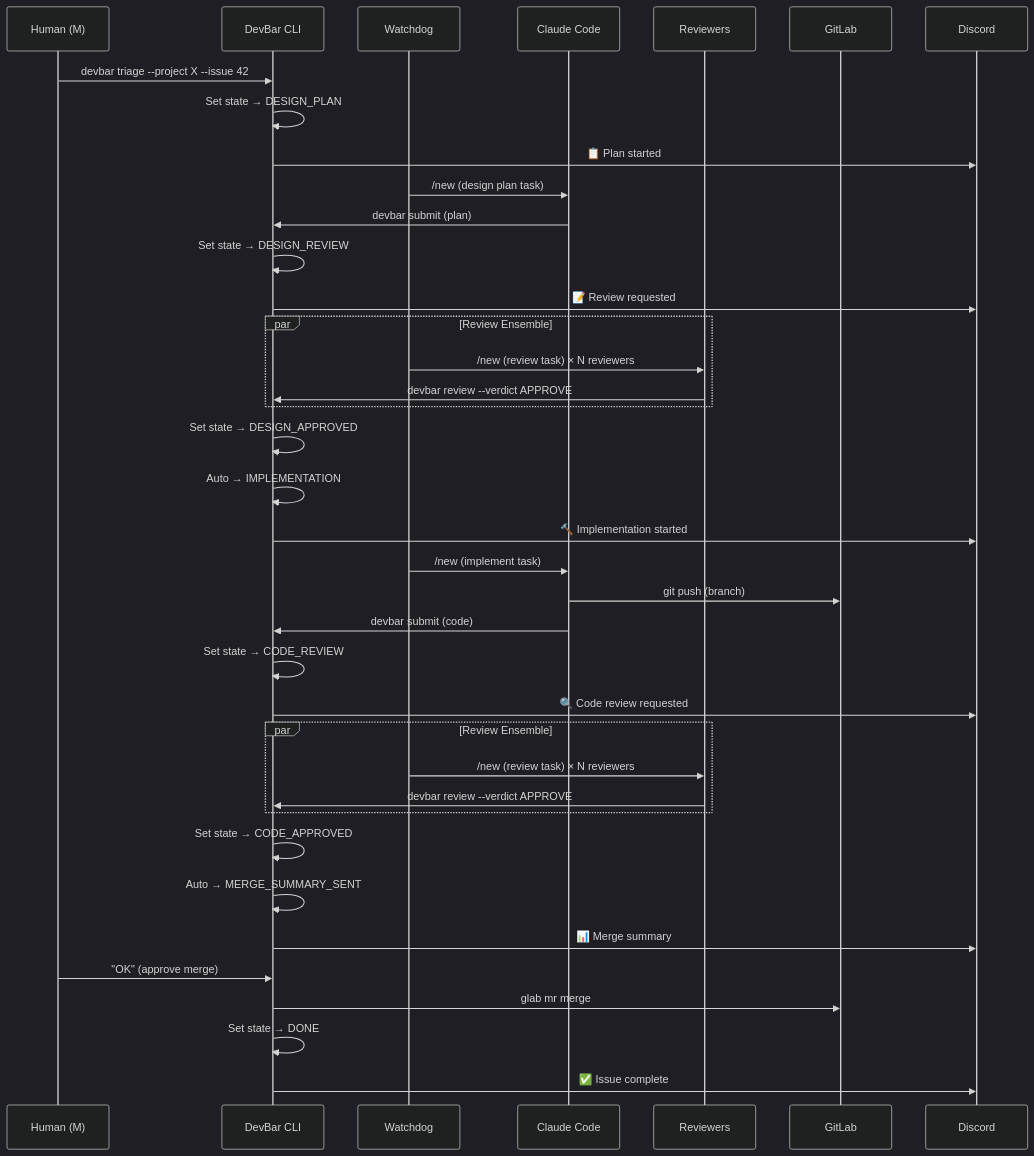
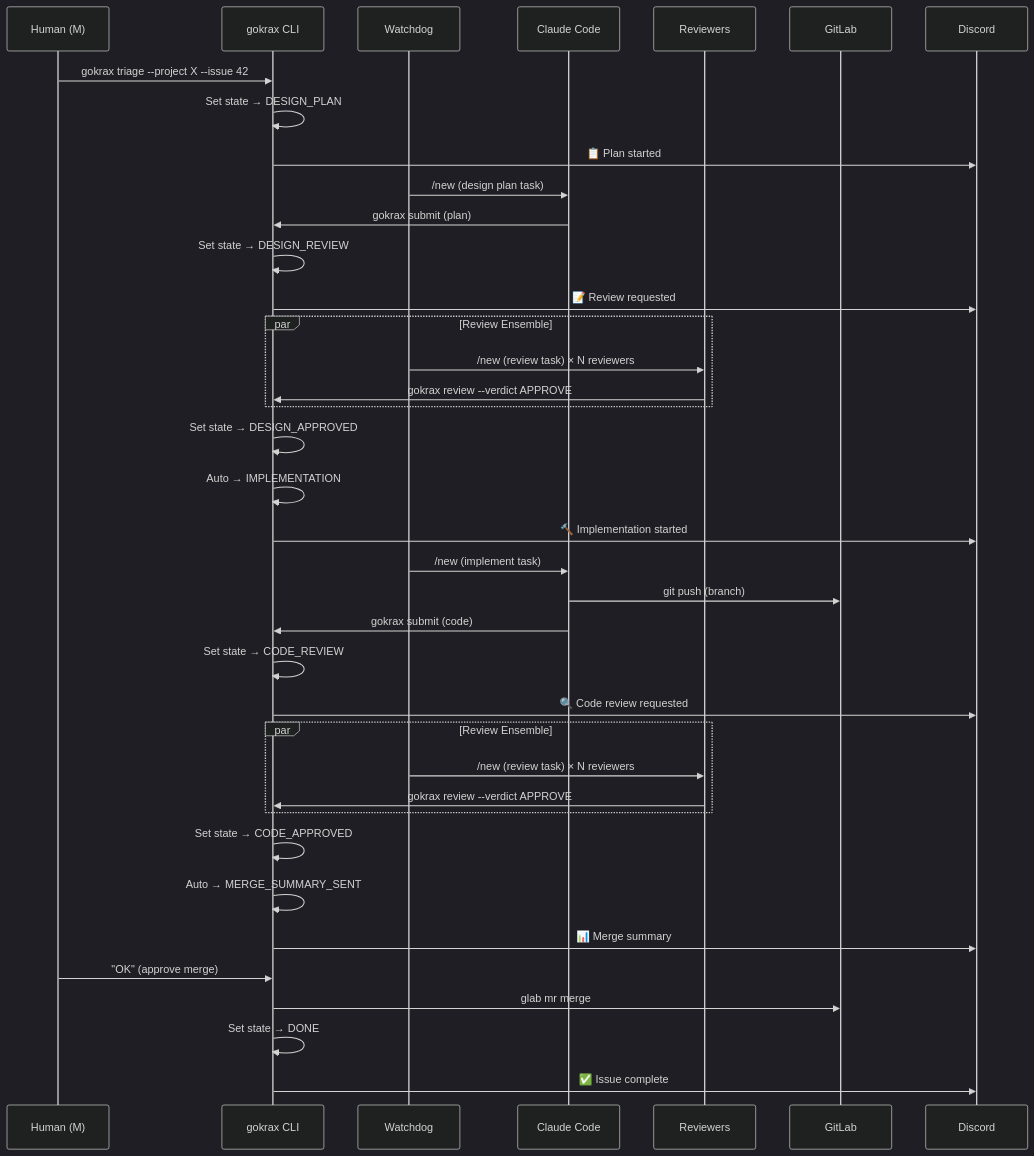
The fifth of 5 diagrams in docs/architecture.md (atakalive/gokrax), drawn with Mermaid (dark theme) before and after one commit. The commit also changed other lines of this file and 96 other files, not shown here.

````diff
--- a/docs/architecture.md
+++ b/docs/architecture.md
@@ -145,45 +145,45 @@
 ```mermaid
 sequenceDiagram
     participant M as Human (M)
-    participant DB as DevBar CLI
+    participant DB as gokrax CLI
     participant WD as Watchdog
     participant CC as Claude Code
     participant RV as Reviewers
     participant GL as GitLab
     participant DC as Discord
 
-    M->>DB: devbar triage --project X --issue 42
+    M->>DB: gokrax triage --project X --issue 42
     DB->>DB: Set state → DESIGN_PLAN
     DB->>DC: 📋 Plan started
     WD->>CC: /new (design plan task)
-    CC->>DB: devbar submit (plan)
+    CC->>DB: gokrax submit (plan)
     DB->>DB: Set state → DESIGN_REVIEW
     DB->>DC: 📝 Review requested
 
     par Review Ensemble
         WD->>RV: /new (review task) × N reviewers
-        RV->>DB: devbar review --verdict APPROVE
+        RV->>DB: gokrax review --verdict APPROVE
     end
 
     DB->>DB: Set state → DESIGN_APPROVED
     DB->>DB: Auto → IMPLEMENTATION
     DB->>DC: 🔨 Implementation started
     WD->>CC: /new (implement task)
     CC->>GL: git push (branch)
-    CC->>DB: devbar submit (code)
+    CC->>DB: gokrax submit (code)
     DB->>DB: Set state → CODE_REVIEW
     DB->>DC: 🔍 Code review requested
 
     par Review Ensemble
         WD->>RV: /new (review task) × N reviewers
-        RV->>DB: devbar review --verdict APPROVE
+        RV->>DB: gokrax review --verdict APPROVE
     end
 
     DB->>DB: Set state → CODE_APPROVED
     DB->>DB: Auto → MERGE_SUMMARY_SENT
     DB->>DC: 📊 Merge summary
     M->>DB: "OK" (approve merge)
     DB->>GL: glab mr merge
     DB->>DB: Set state → DONE
     DB->>DC: ✅ Issue complete
 ```
````
